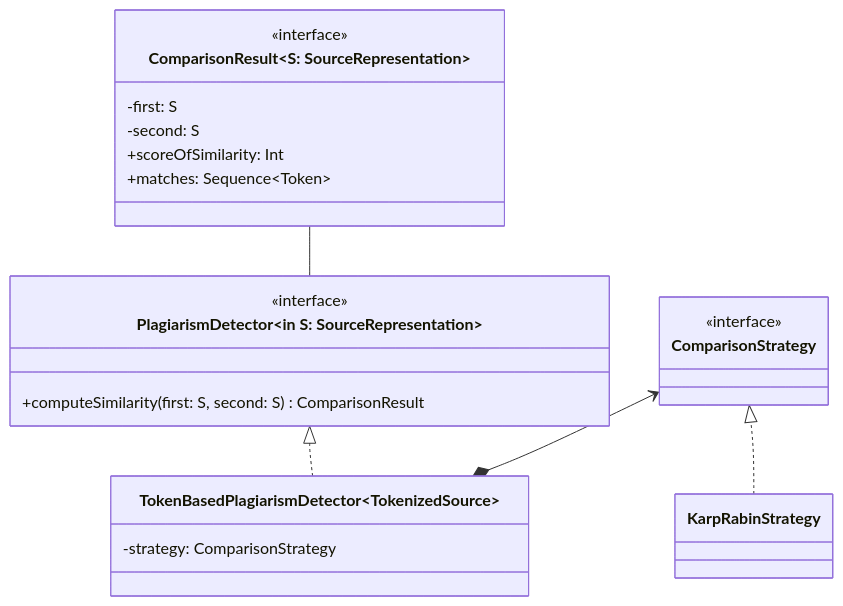
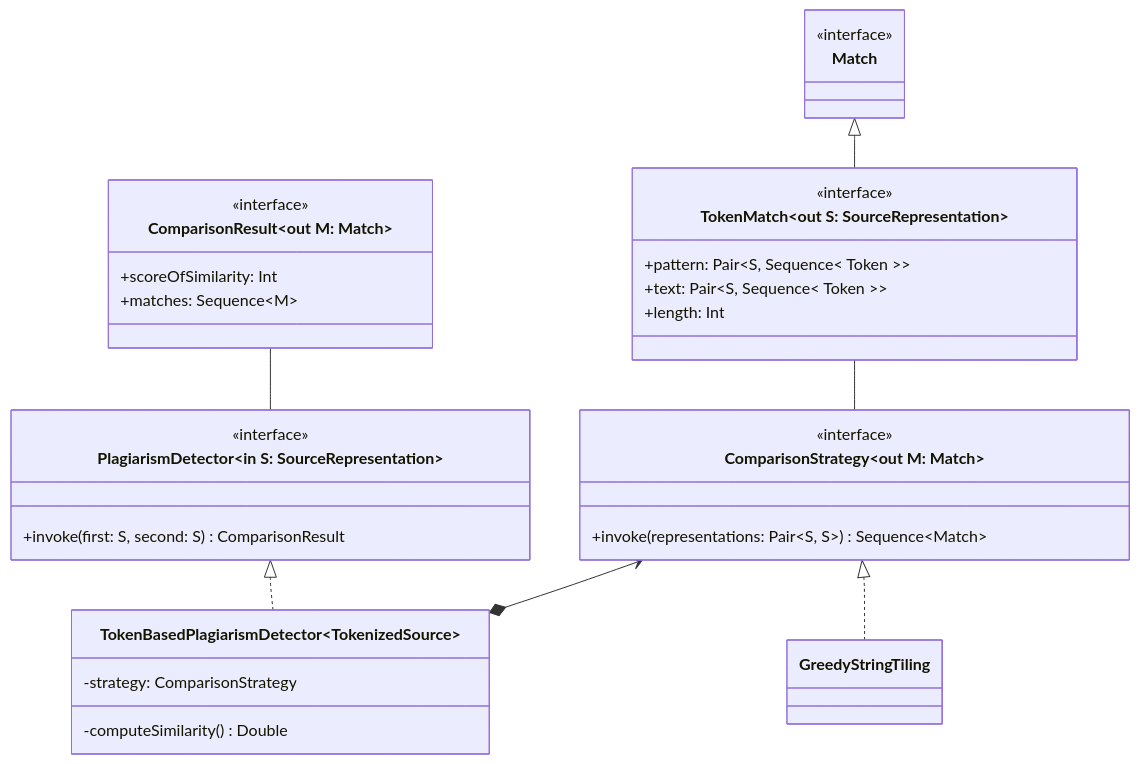
One commit to tassiLuca/code-plagiarism-detector-doc changed the tenth of 12 diagrams in doc.md. Above: the diagram before and after it, drawn with Mermaid.

Commit message:
improve detection

````diff
--- a/doc.md
+++ b/doc.md
@@ -399,30 +399,42 @@
 ```mermaid 
 classDiagram
     direction BT
     class PlagiarismDetector~in S: SourceRepresentation~ {
         <<interface>>
-        +computeSimilarity(first: S, second: S) ComparisonResult
+        +invoke(first: S, second: S) ComparisonResult
     }
 
-    class ComparisonResult~S: SourceRepresentation~ {
+    class ComparisonResult~out M: Match~ {
         <<interface>>
-        -first: S
-        -second: S
         +scoreOfSimilarity: Int
-        +matches: Sequence~Token~
+        +matches: Sequence~M~
     }
     PlagiarismDetector -- ComparisonResult
 
     class TokenBasedPlagiarismDetector~TokenizedSource~ {
         -strategy: ComparisonStrategy
+        -computeSimilarity() Double
     }
     TokenBasedPlagiarismDetector ..|> PlagiarismDetector
 
-    class ComparisonStrategy {
+    class ComparisonStrategy~out M: Match~ {
         <<interface>>
+        +invoke(representations: Pair~S, S~) Sequence~Match~
     }
     TokenBasedPlagiarismDetector *--> ComparisonStrategy
 
-    class KarpRabinStrategy 
-    KarpRabinStrategy ..|> ComparisonStrategy
+    GreedyStringTiling ..|> ComparisonStrategy
+
+    class Match {
+        <<interface>>
+    }
+    
+    class TokenMatch~out S: SourceRepresentation~ {
+        <<interface>>
+        +pattern: Pair~S, Sequence< Token >~
+        +text: Pair~S, Sequence< Token >~
+        +length: Int
+    }
+    TokenMatch --|> Match
+    ComparisonStrategy -- TokenMatch
 ```
````
